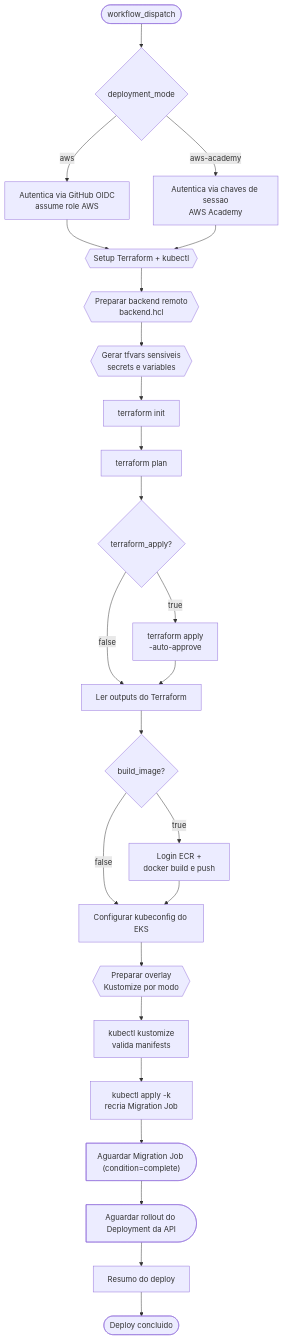
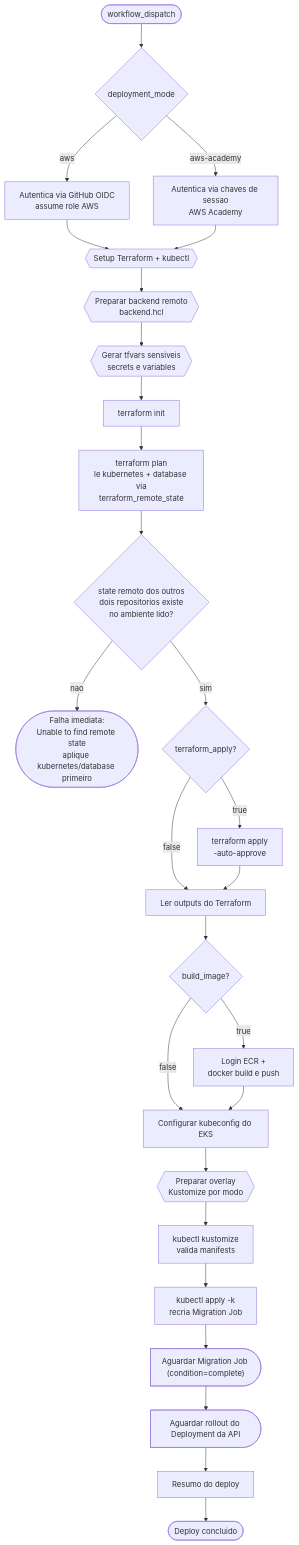
One commit to phantosmia/oficina-mecanica-fiap changed the third of 3 diagrams in docs/arquitetura.md. Above: the diagram before and after it, drawn with Mermaid. The commit also changed other lines of this file and 4 other files, not shown here.

First line of the commit message:
Documenta a ordem de apply entre os repositorios Terraform e a falha esperada

````diff
--- a/docs/arquitetura.md
+++ b/docs/arquitetura.md
@@ -103,33 +127,35 @@
 ```mermaid
 flowchart TB
     Start([workflow_dispatch]) --> Auth{deployment_mode}
     Auth -->|aws| OIDC[Autentica via GitHub OIDC<br/>assume role AWS]
     Auth -->|aws-academy| Keys[Autentica via chaves de sessao<br/>AWS Academy]
 
     OIDC --> Setup{{Setup Terraform + kubectl}}
     Keys --> Setup
 
     Setup --> Backend{{Preparar backend remoto<br/>backend.hcl}}
     Backend --> Tfvars{{Gerar tfvars sensiveis<br/>secrets e variables}}
     Tfvars --> Init[terraform init]
-    Init --> Plan[terraform plan]
+    Init --> Plan[terraform plan<br/>le kubernetes + database via<br/>terraform_remote_state]
 
-    Plan --> ApplyCheck{terraform_apply?}
+    Plan --> RemoteStateCheck{state remoto dos outros<br/>dois repositorios existe<br/>no ambiente lido?}
+    RemoteStateCheck -->|nao| Fail(["Falha imediata:<br/>Unable to find remote state<br/>aplique kubernetes/database primeiro"])
+    RemoteStateCheck -->|sim| ApplyCheck{terraform_apply?}
     ApplyCheck -->|true| Apply[terraform apply<br/>-auto-approve]
     ApplyCheck -->|false| Outputs[Ler outputs do Terraform]
     Apply --> Outputs
 
     Outputs --> BuildCheck{build_image?}
     BuildCheck -->|true| Build[Login ECR +<br/>docker build e push]
     BuildCheck -->|false| Kube[Configurar kubeconfig do EKS]
     Build --> Kube
 
     Kube --> Overlay{{Preparar overlay<br/>Kustomize por modo}}
     Overlay --> Validate[kubectl kustomize<br/>valida manifests]
     Validate --> ApplyK8s[kubectl apply -k<br/>recria Migration Job]
 
     ApplyK8s --> WaitMig@{ shape: delay, label: "Aguardar Migration Job (condition=complete)" }
     WaitMig --> WaitRollout@{ shape: delay, label: "Aguardar rollout do Deployment da API" }
     WaitRollout --> Summary[Resumo do deploy]
     Summary --> End([Deploy concluido])
 ```
````
